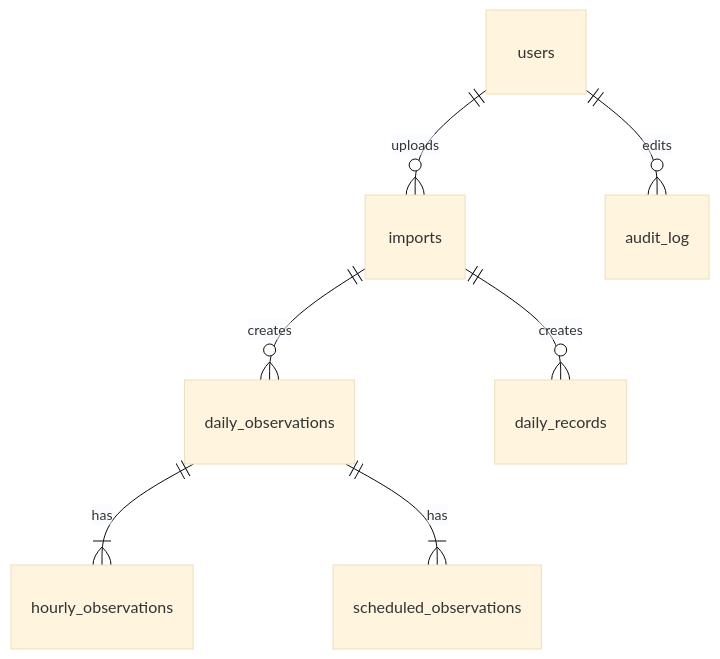
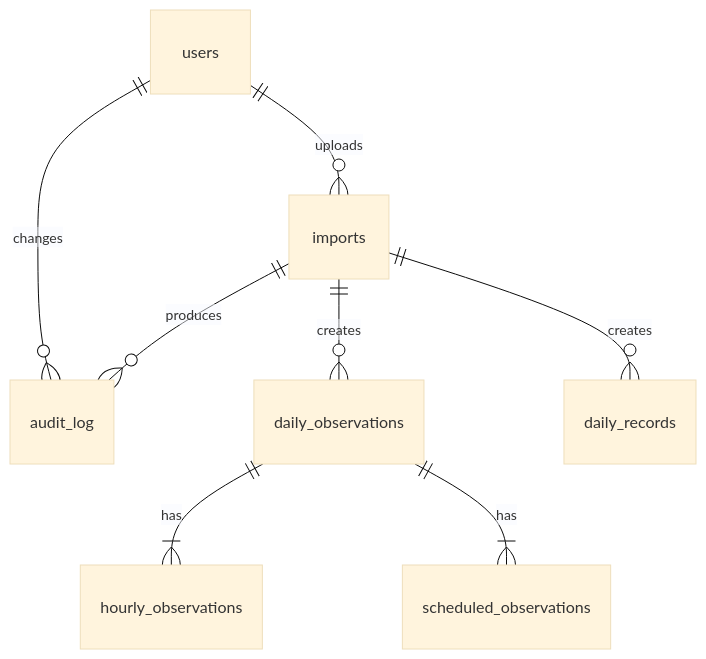
Before and after one commit to Code-4-Community/bho: the diagram in docs/database-schema.md, drawn with Mermaid (base theme). The commit also changed other lines of this file, not shown here.

````diff
--- a/docs/database-schema.md
+++ b/docs/database-schema.md
@@ -14,9 +14,10 @@
 ```mermaid
 erDiagram
   users ||--o{ imports : uploads
-  users ||--o{ audit_log : edits
+  users ||--o{ audit_log : changes
+  imports ||--o{ audit_log : produces
   imports ||--o{ daily_observations : creates
   imports ||--o{ daily_records : creates
   daily_observations ||--|{ hourly_observations : has
   daily_observations ||--|{ scheduled_observations : has
 ```
````
